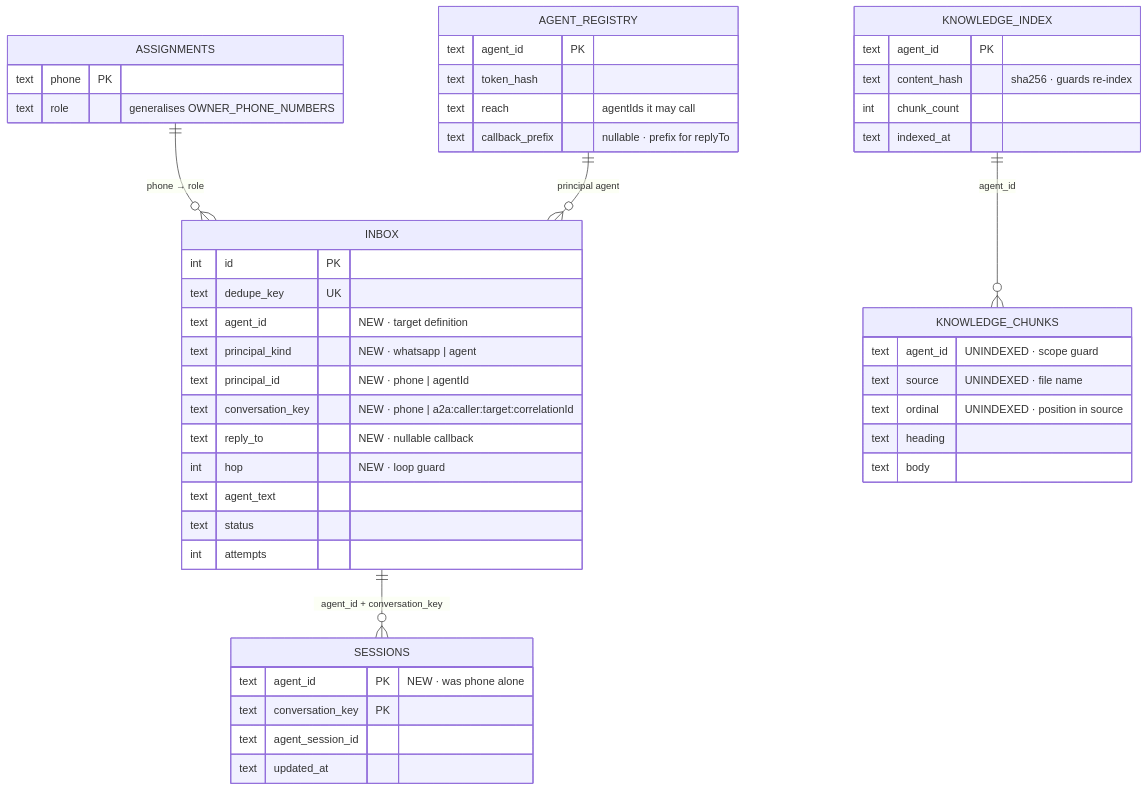
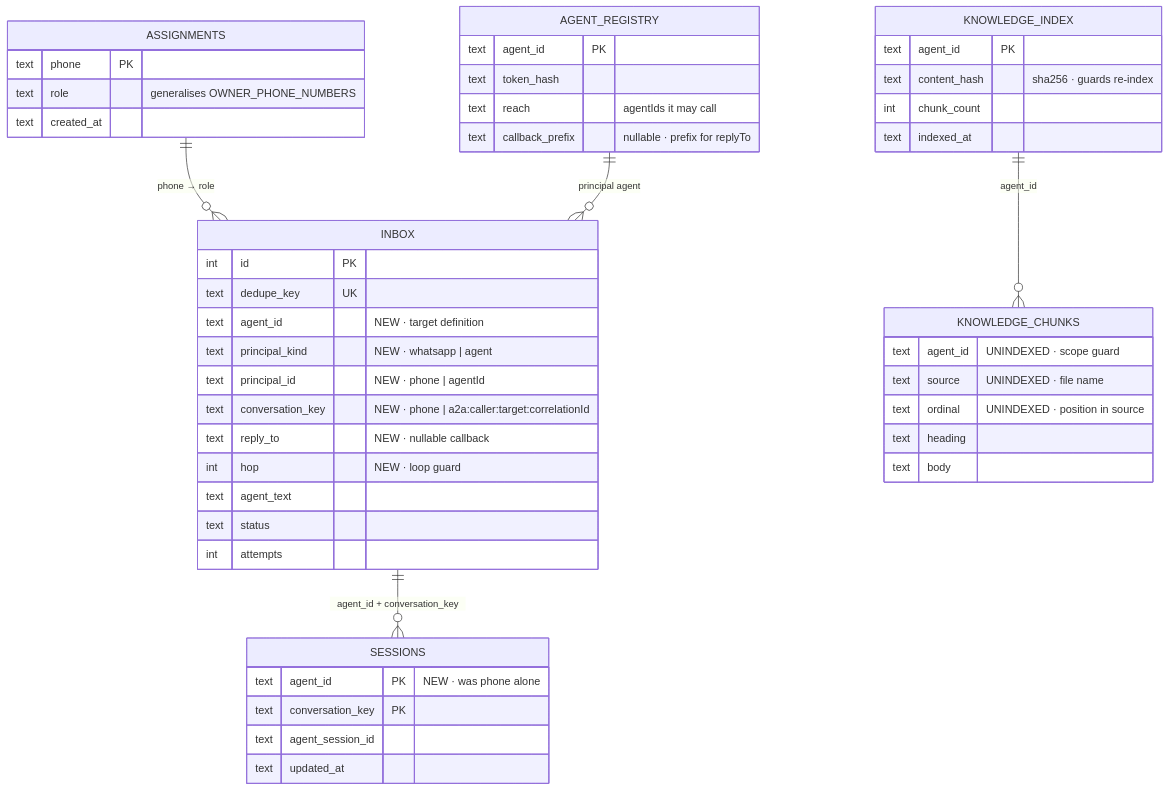
The tenth of 11 diagrams in docs/agent-platform-decoupling.md (santiagoposadag/ShopifyVitrina), drawn with Mermaid before and after one commit. The commit also changed other lines of this file and 5 other files, not shown here.

````diff
--- a/docs/agent-platform-decoupling.md
+++ b/docs/agent-platform-decoupling.md
@@ -423,49 +423,50 @@
 ```mermaid
 erDiagram
   INBOX {
     int id PK
     text dedupe_key UK
     text agent_id "NEW · target definition"
     text principal_kind "NEW · whatsapp | agent"
     text principal_id "NEW · phone | agentId"
     text conversation_key "NEW · phone | a2a:caller:target:correlationId"
     text reply_to "NEW · nullable callback"
     int hop "NEW · loop guard"
     text agent_text
     text status
     int attempts
   }
   SESSIONS {
     text agent_id PK "NEW · was phone alone"
     text conversation_key PK
     text agent_session_id
     text updated_at
   }
   ASSIGNMENTS {
     text phone PK
     text role "generalises OWNER_PHONE_NUMBERS"
+    text created_at
   }
   AGENT_REGISTRY {
     text agent_id PK
     text token_hash
     text reach "agentIds it may call"
     text callback_prefix "nullable · prefix for replyTo"
   }
   KNOWLEDGE_CHUNKS {
     text agent_id "UNINDEXED · scope guard"
     text source "UNINDEXED · file name"
     text ordinal "UNINDEXED · position in source"
     text heading
     text body
   }
   KNOWLEDGE_INDEX {
     text agent_id PK
     text content_hash "sha256 · guards re-index"
     int chunk_count
     text indexed_at
   }
   INBOX ||--o{ SESSIONS : "agent_id + conversation_key"
   ASSIGNMENTS ||--o{ INBOX : "phone → role"
   AGENT_REGISTRY ||--o{ INBOX : "principal agent"
   KNOWLEDGE_INDEX ||--o{ KNOWLEDGE_CHUNKS : "agent_id"
 ```
````
